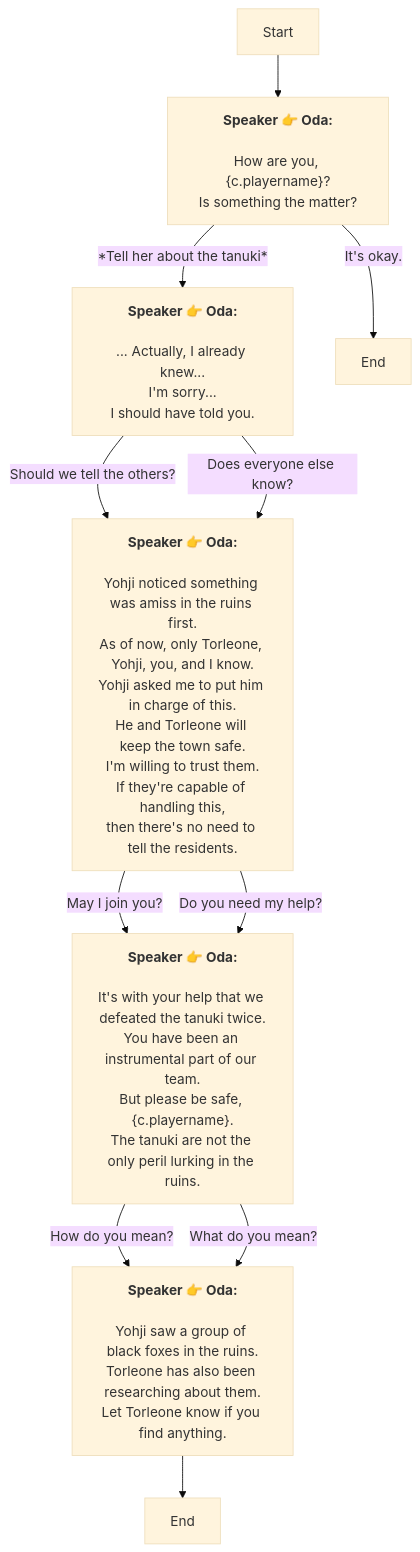
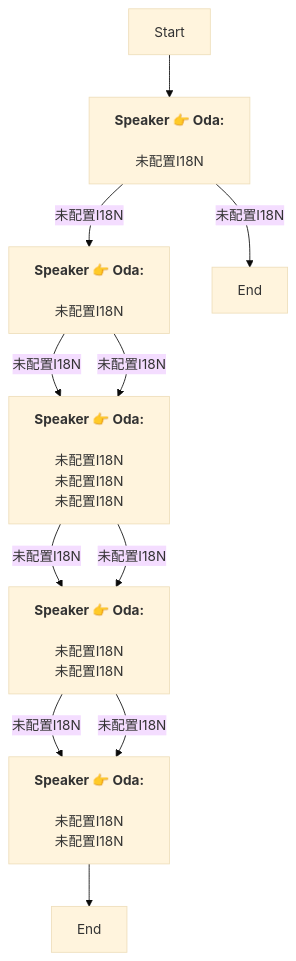
One commit to SoftHu/tos_avg changed the diagram in En/QuestTalkObjectiveNode_1761994347035271.md. Above: the diagram before and after it, drawn with Mermaid (base theme). The commit also changed 730 other files, not shown here.

````diff
--- a/En/QuestTalkObjectiveNode_1761994347035271.md
+++ b/En/QuestTalkObjectiveNode_1761994347035271.md
@@ -1,39 +1,22 @@
 ```mermaid
 graph
 Start -->1761994565016202[<b>Speaker 👉 Oda:</b>
-\nHow are you, &lbrace;c.playername&rbrace;?
-Is something the matter?]
-1761994565016202 -->|*Tell her about the tanuki*|1761995505944210[<b>Speaker 👉 Oda:</b>
-\n... Actually, I already knew...
-I'm sorry...
-I should have told you.]
-1761994565016202 -->|It's okay.|1761995118851729[End]
-1761995505944210 -->|Should we tell the others?|1761995693570712[<b>Speaker 👉 Oda:</b>
-\nYohji noticed something was amiss in the ruins first.
-As of now, only Torleone, Yohji, you, and I know.\nYohji asked me to put him in charge of this.
-He and Torleone will keep the town safe.\nI'm willing to trust them.
-If they're capable of handling this,
-then there's no need to tell the residents.]
-1761995505944210 -->|Does everyone else know?|1761995693570712[<b>Speaker 👉 Oda:</b>
-\nYohji noticed something was amiss in the ruins first.
-As of now, only Torleone, Yohji, you, and I know.\nYohji asked me to put him in charge of this.
-He and Torleone will keep the town safe.\nI'm willing to trust them.
-If they're capable of handling this,
-then there's no need to tell the residents.]
-1761995693570712 -->|May I join you?|1761996012354207[<b>Speaker 👉 Oda:</b>
-\nIt's with your help that we defeated the tanuki twice.
-You have been an instrumental part of our team.\nBut please be safe, &lbrace;c.playername&rbrace;.
-The tanuki are not the only peril lurking in the ruins.]
-1761995693570712 -->|Do you need my help?|1761996012354207[<b>Speaker 👉 Oda:</b>
-\nIt's with your help that we defeated the tanuki twice.
-You have been an instrumental part of our team.\nBut please be safe, &lbrace;c.playername&rbrace;.
-The tanuki are not the only peril lurking in the ruins.]
-1761996012354207 -->|How do you mean?|1761996076811946[<b>Speaker 👉 Oda:</b>
-\nYohji saw a group of black foxes in the ruins.
-Torleone has also been researching about them.\nLet Torleone know if you find anything.]
-1761996012354207 -->|What do you mean?|1761996076811946[<b>Speaker 👉 Oda:</b>
-\nYohji saw a group of black foxes in the ruins.
-Torleone has also been researching about them.\nLet Torleone know if you find anything.]
+\n未配置I18N]
+1761994565016202 -->|未配置I18N|1761995505944210[<b>Speaker 👉 Oda:</b>
+\n未配置I18N]
+1761994565016202 -->|未配置I18N|1761995118851729[End]
+1761995505944210 -->|未配置I18N|1761995693570712[<b>Speaker 👉 Oda:</b>
+\n未配置I18N\n未配置I18N\n未配置I18N]
+1761995505944210 -->|未配置I18N|1761995693570712[<b>Speaker 👉 Oda:</b>
+\n未配置I18N\n未配置I18N\n未配置I18N]
+1761995693570712 -->|未配置I18N|1761996012354207[<b>Speaker 👉 Oda:</b>
+\n未配置I18N\n未配置I18N]
+1761995693570712 -->|未配置I18N|1761996012354207[<b>Speaker 👉 Oda:</b>
+\n未配置I18N\n未配置I18N]
+1761996012354207 -->|未配置I18N|1761996076811946[<b>Speaker 👉 Oda:</b>
+\n未配置I18N\n未配置I18N]
+1761996012354207 -->|未配置I18N|1761996076811946[<b>Speaker 👉 Oda:</b>
+\n未配置I18N\n未配置I18N]
 1761996076811946 -->1761995115106960[End]
 
 ```
````
